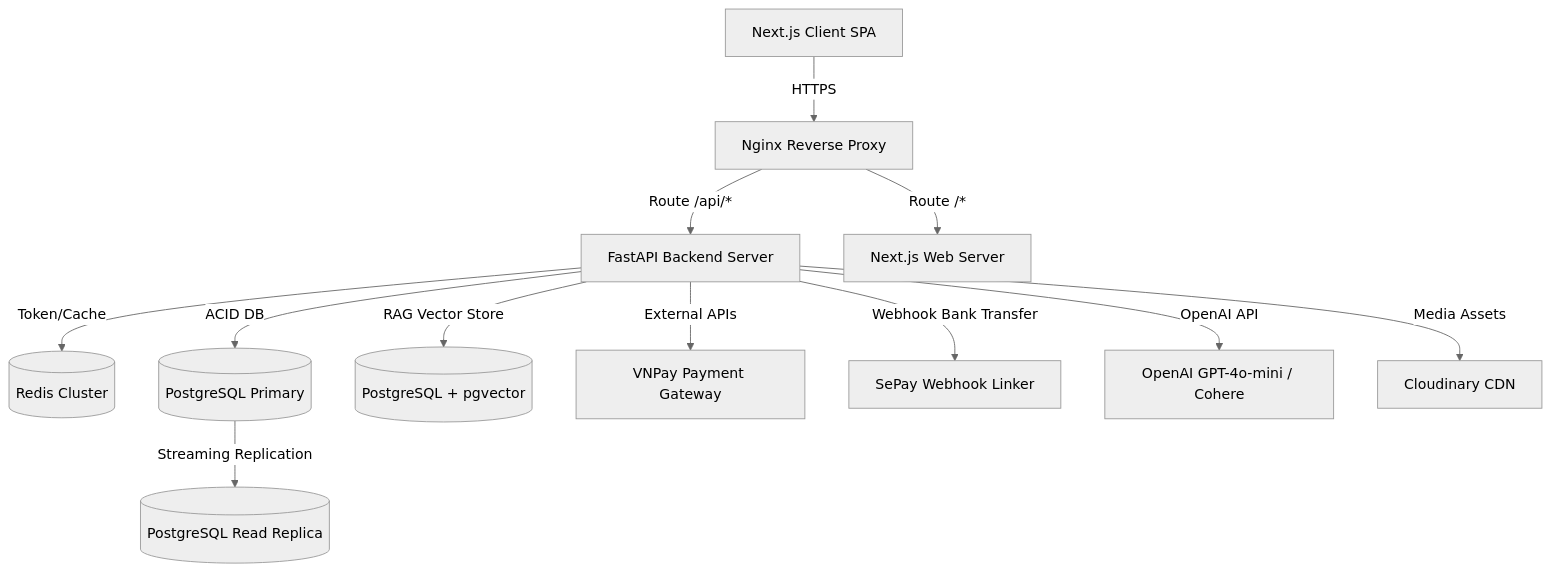
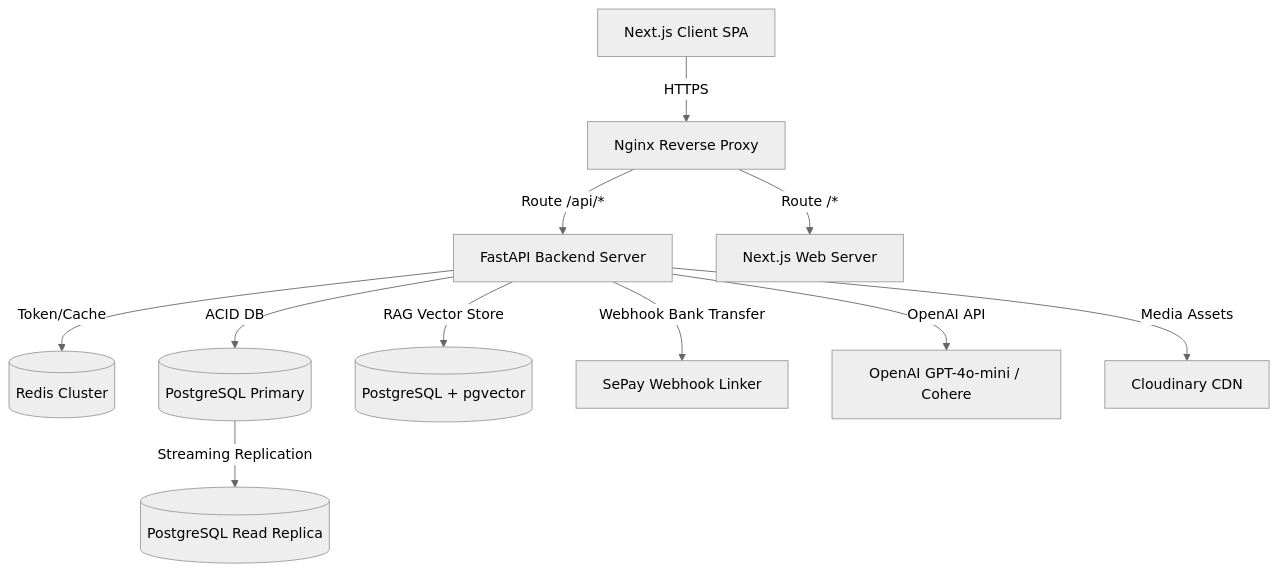
Before and after one commit to quangliz/Petshop: the diagram in docs/enterprise-requirements.md, drawn with Mermaid (neutral theme). The commit also changed other lines of this file and 20 other files, not shown here.

Commit message:
feat: replace VNPay with SePay for payment processing and update related documentation

````diff
--- a/docs/enterprise-requirements.md
+++ b/docs/enterprise-requirements.md
@@ -11,17 +11,16 @@
 ```mermaid
 graph TD
     Client[Next.js Client SPA] -->|HTTPS| Nginx[Nginx Reverse Proxy]
     Nginx -->|Route /api/*| FastAPI[FastAPI Backend Server]
     Nginx -->|Route /*| NextJS[Next.js Web Server]
     
     FastAPI -->|Token/Cache| Redis[(Redis Cluster)]
     FastAPI -->|ACID DB| Postgres[(PostgreSQL Primary)]
     Postgres -->|Streaming Replication| PostgresReplica[(PostgreSQL Read Replica)]
     
     FastAPI -->|RAG Vector Store| PGVector[(PostgreSQL + pgvector)]
-    FastAPI -->|External APIs| VNPay[VNPay Payment Gateway]
     FastAPI -->|Webhook Bank Transfer| SePay[SePay Webhook Linker]
     FastAPI -->|OpenAI API| GPT[OpenAI GPT-4o-mini / Cohere]
     
     FastAPI -->|Media Assets| Cloudinary[Cloudinary CDN]
 ```
````
